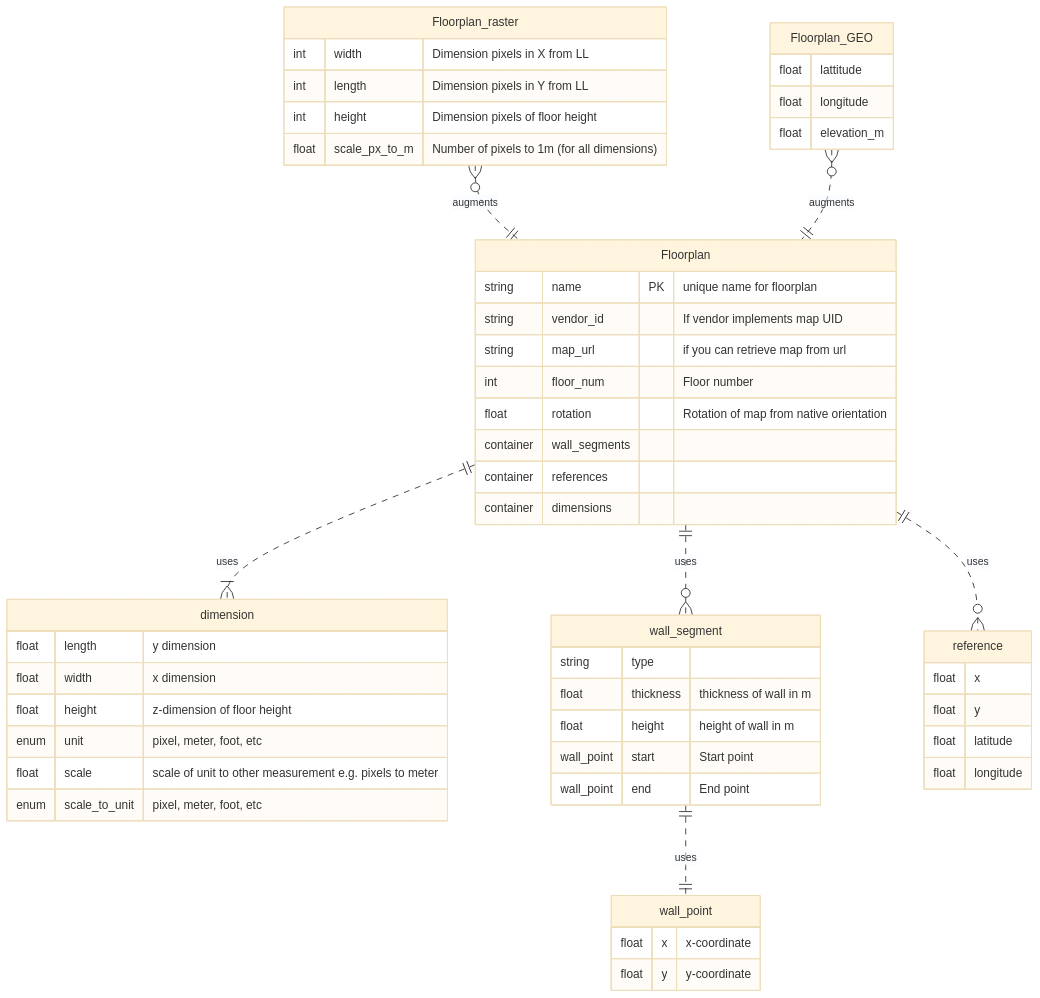
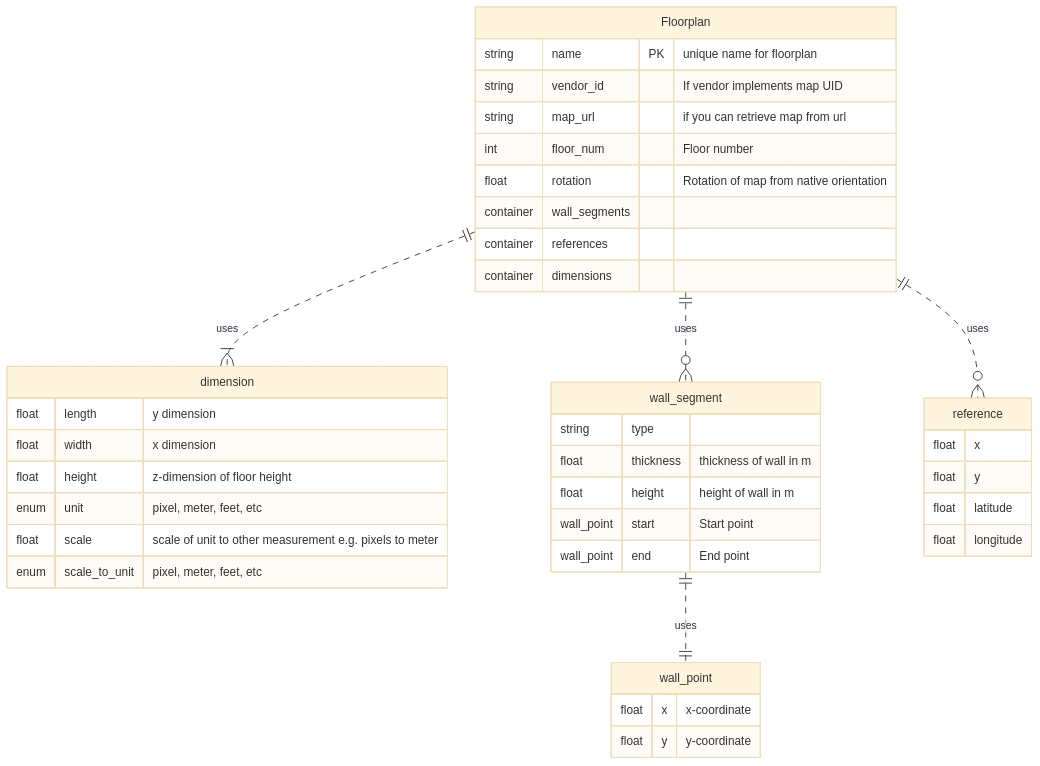
The first of 3 diagrams in docs/model_ideas.md (google/openintent), drawn with Mermaid (base theme) before and after one commit. The commit also changed other lines of this file, not shown here.

Commit message:
Adding some jsonschema ideas to the bottom.

````diff
--- a/docs/model_ideas.md
+++ b/docs/model_ideas.md
@@ -18,64 +18,51 @@
 ```mermaid
 ---
 Title: Floorplan Constructs
 ---
 
 erDiagram
     Floorplan {
         string name PK "unique name for floorplan"
         string vendor_id "If vendor implements map UID"
         string map_url "if you can retrieve map from url"
         int floor_num "Floor number"
         float rotation "Rotation of map from native orientation"
         container wall_segments
         container references
         container dimensions
     }
     Floorplan ||..|{ dimension : uses
     Floorplan ||..o{ wall_segment : uses
 
     dimension {
         float length "y dimension"
         float width "x dimension"
         float height "z-dimension of floor height"
-        enum unit "pixel, meter, foot, etc"
+        enum unit "pixel, meter, feet, etc"
         float scale "scale of unit to other measurement e.g. pixels to meter"
-        enum scale_to_unit "pixel, meter, foot, etc"
+        enum scale_to_unit "pixel, meter, feet, etc"
     }
 
-    Floorplan_raster }o..|| Floorplan : augments
-    Floorplan_raster {
-        int width "Dimension pixels in X from LL" 
-        int length "Dimension pixels in Y from LL"
-        int height "Dimension pixels of floor height"
-        float scale_px_to_m "Number of pixels to 1m (for all dimensions)"
-    }
-    Floorplan_GEO }o..|| Floorplan: augments
-    Floorplan_GEO {
-        float lattitude
-        float longitude
-        float elevation_m
-    }
     reference {
         float x
         float y
         float latitude
         float longitude
     }
     Floorplan ||..o{ reference : uses
 
     wall_segment {
         string type
         float thickness "thickness of wall in m"
         float height "height of wall in m"
         wall_point start "Start point"
         wall_point end "End point"
 
     }
     
     wall_point {
         float x "x-coordinate"
         float y "y-coordinate"
     }
     wall_segment ||..|| wall_point : uses
 ```
````
